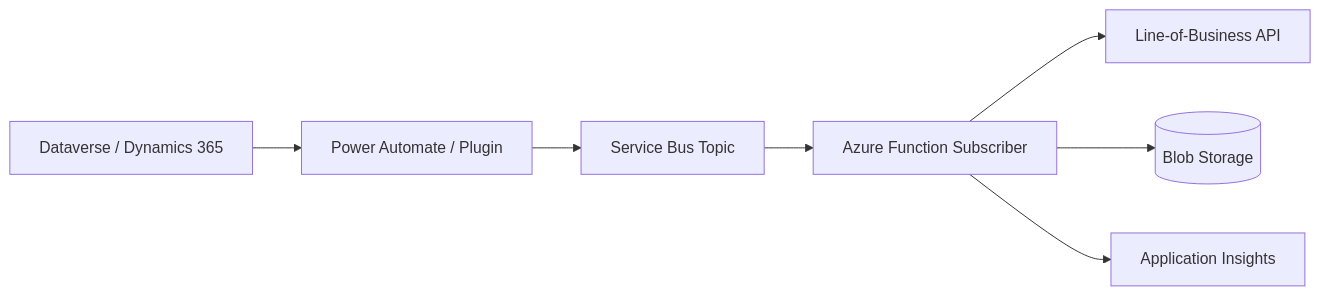
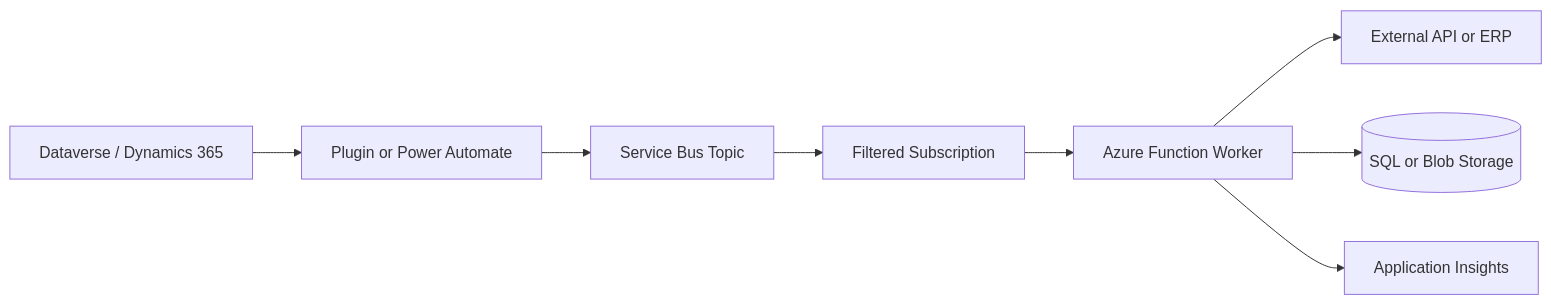
Before and after one commit to brunsdon/azure-services-cheat-sheet: the second of 2 diagrams in docs/integration.md, drawn with Mermaid. The commit also changed other lines of this file and 17 other files, not shown here.

Commit message:
Polish Azure architecture field guide

````diff
--- a/docs/integration.md
+++ b/docs/integration.md
@@ -41,9 +83,10 @@
 ```mermaid
 flowchart LR
-    dv[Dataverse / Dynamics 365] --> flow[Power Automate / Plugin]
-    flow --> sb[Service Bus Topic]
-    sb --> fn[Azure Function Subscriber]
-    fn --> api[Line-of-Business API]
-    fn --> blob[(Blob Storage)]
-    fn --> appi[Application Insights]
+    dataverse[Dataverse / Dynamics 365] --> plugin[Plugin or Power Automate]
+    plugin --> topic[Service Bus Topic]
+    topic --> subscription[Filtered Subscription]
+    subscription --> function[Azure Function Worker]
+    function --> downstream[External API or ERP]
+    function --> storage[(SQL or Blob Storage)]
+    function --> appi[Application Insights]
 ```
````
